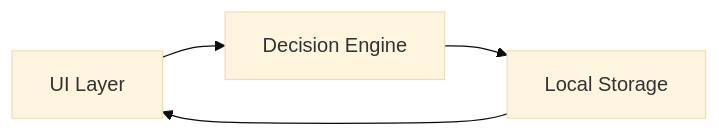
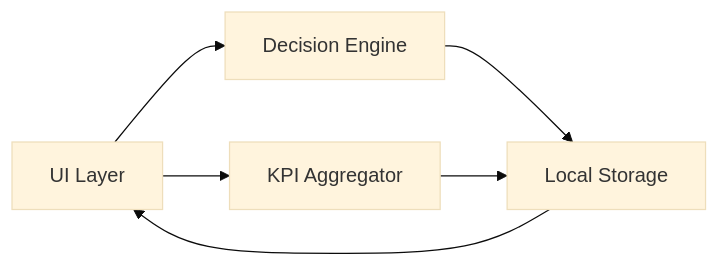
One commit to MasanoriSuda/ba-pocket changed the first of 4 diagrams in docs/functional-design.md. Above: the diagram before and after it, drawn with Mermaid (base theme). The commit also changed other lines of this file and 30 other files, not shown here.

````diff
--- a/docs/functional-design.md
+++ b/docs/functional-design.md
@@ -45,6 +50,8 @@
 ```mermaid
 flowchart LR
   UI[UI Layer] --> Logic[Decision Engine]
   Logic --> Store[Local Storage]
   Store --> UI
+  UI --> Analytics[KPI Aggregator]
+  Analytics --> Store
 ```
````
